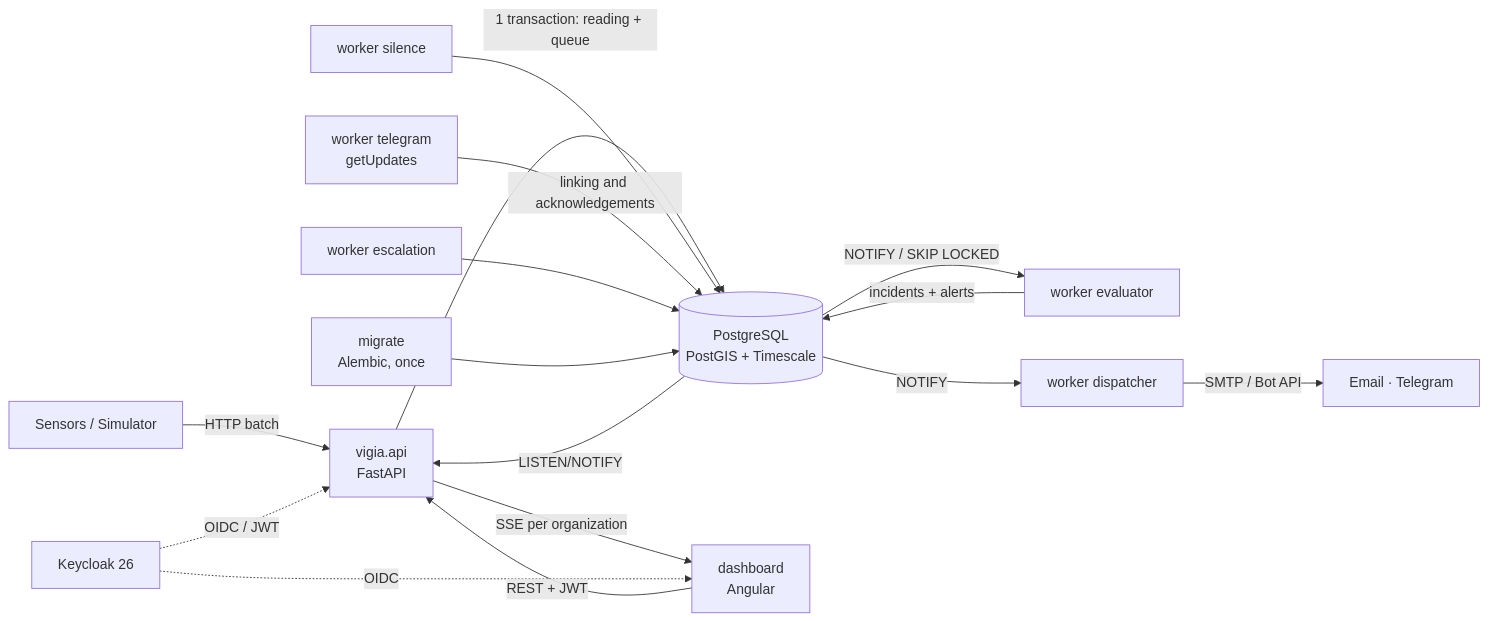
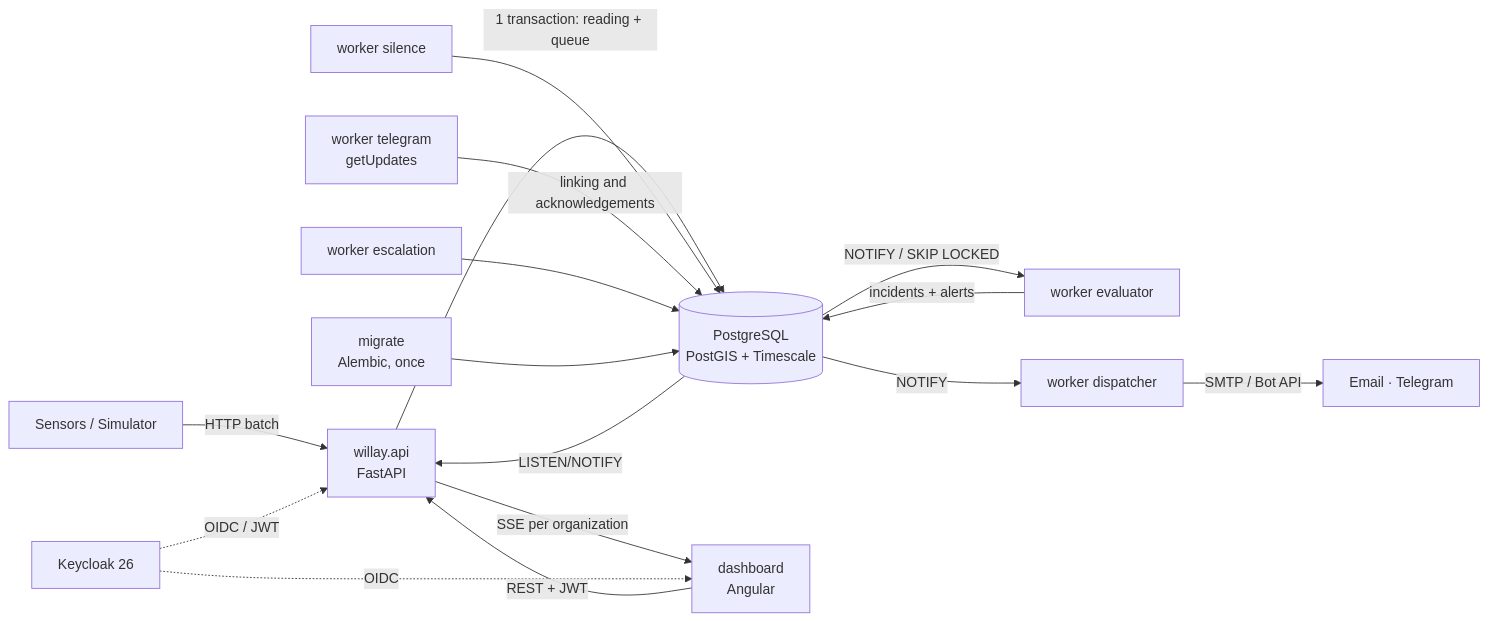
Before and after one commit to Alesso2805/willay: the first of 2 diagrams in docs/SPEC.md, drawn with Mermaid. The commit also changed other lines of this file, not shown here.

Commit message:
docs(spec): everything is renamed to willay; story IDs keep VIG-

````diff
--- a/docs/SPEC.md
+++ b/docs/SPEC.md
@@ -143,18 +143,18 @@
 ```mermaid
 flowchart LR
-  S[Sensors / Simulator] -->|HTTP batch| API[vigia.api<br/>FastAPI]
+  S[Sensors / Simulator] -->|HTTP batch| API[willay.api<br/>FastAPI]
   API -->|1 transaction: reading + queue| DB[(PostgreSQL<br/>PostGIS + Timescale)]
   DB -->|NOTIFY / SKIP LOCKED| EV[worker evaluator]
   EV -->|incidents + alerts| DB
   SI[worker silence] --> DB
   DB -->|NOTIFY| DI[worker dispatcher]
   DI -->|SMTP / Bot API| CH[Email · Telegram]
   TG[worker telegram<br/>getUpdates] -->|linking and acknowledgements| DB
   ES[worker escalation] --> DB
   DB -->|LISTEN/NOTIFY| API
   API -->|SSE per organization| D[dashboard<br/>Angular]
   D -->|REST + JWT| API
   K[Keycloak 26] -.OIDC / JWT.-> API
   K -.OIDC.-> D
   M[migrate<br/>Alembic, once] --> DB
 ```
````
